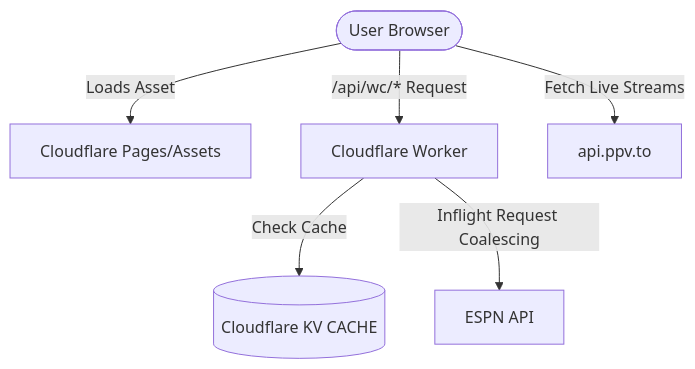
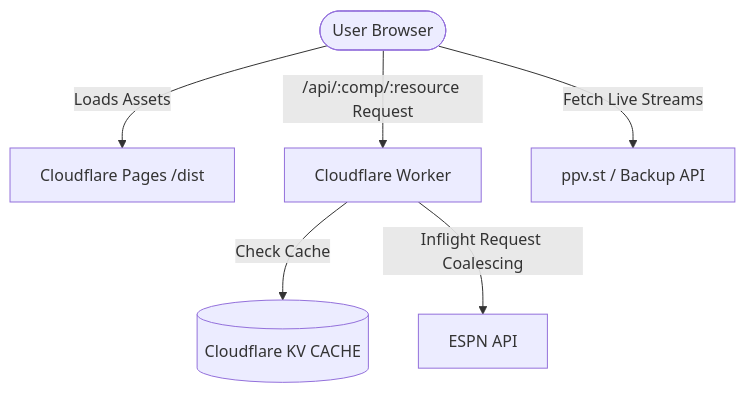
Before and after one commit to youming-ai/cup: the diagram in AGENTS.md, drawn with Mermaid. The commit also changed other lines of this file, not shown here.

````diff
--- a/AGENTS.md
+++ b/AGENTS.md
@@ -7,8 +7,8 @@
 ```mermaid
 graph TD
-  User([User Browser]) -->|Loads Asset| CF_Assets[Cloudflare Pages/Assets]
-  User -->|/api/wc/* Request| CF_Worker[Cloudflare Worker]
+  User([User Browser]) -->|Loads Assets| CF_Assets[Cloudflare Pages /dist]
+  User -->|/api/:comp/:resource Request| CF_Worker[Cloudflare Worker]
   CF_Worker -->|Check Cache| KV_Cache[(Cloudflare KV CACHE)]
   CF_Worker -->|Inflight Request Coalescing| ESPN_API[ESPN API]
-  User -->|Fetch Live Streams| PPV_Stream[api.ppv.to]
+  User -->|Fetch Live Streams| Stream_Hosts[ppv.st / Backup API]
 ```
````
